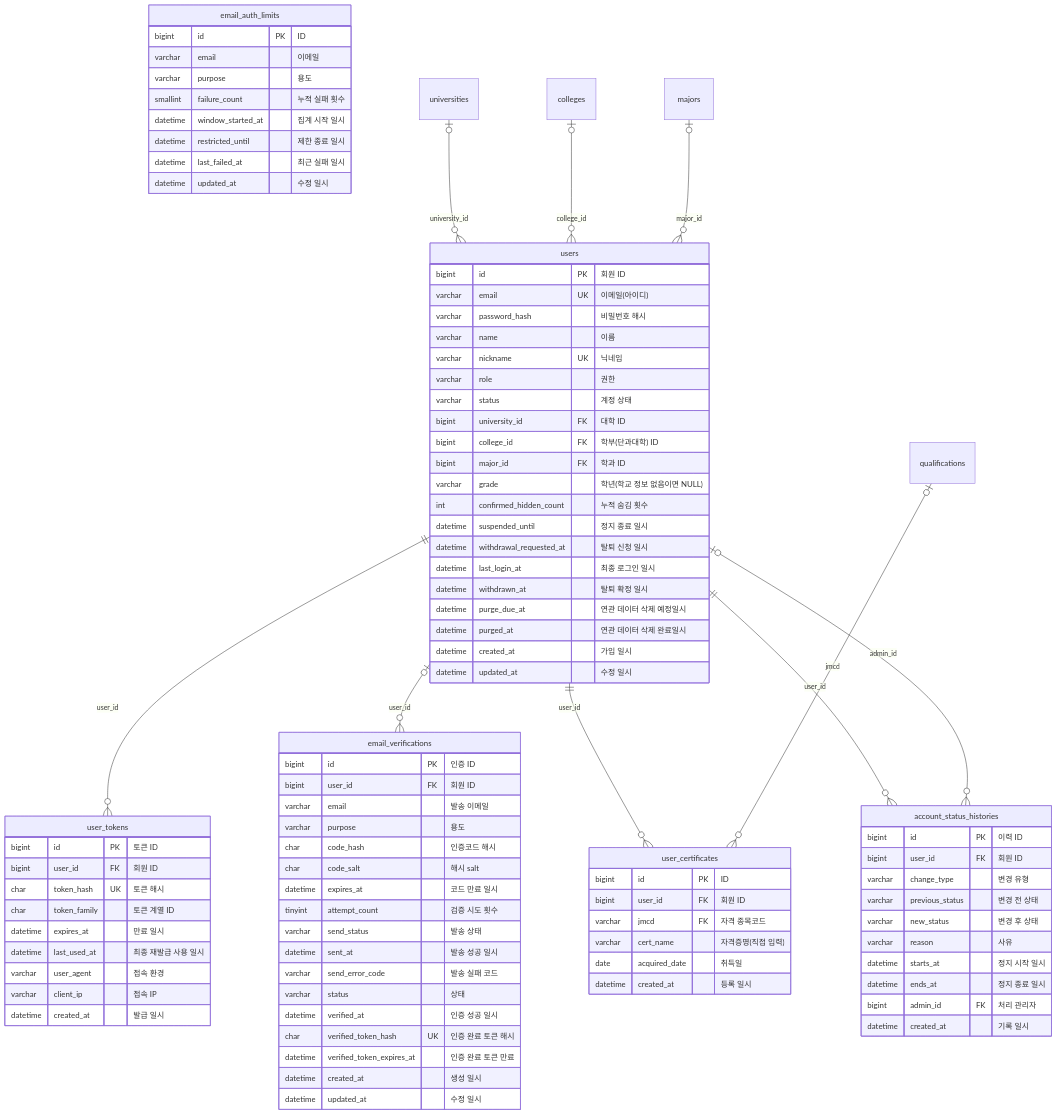
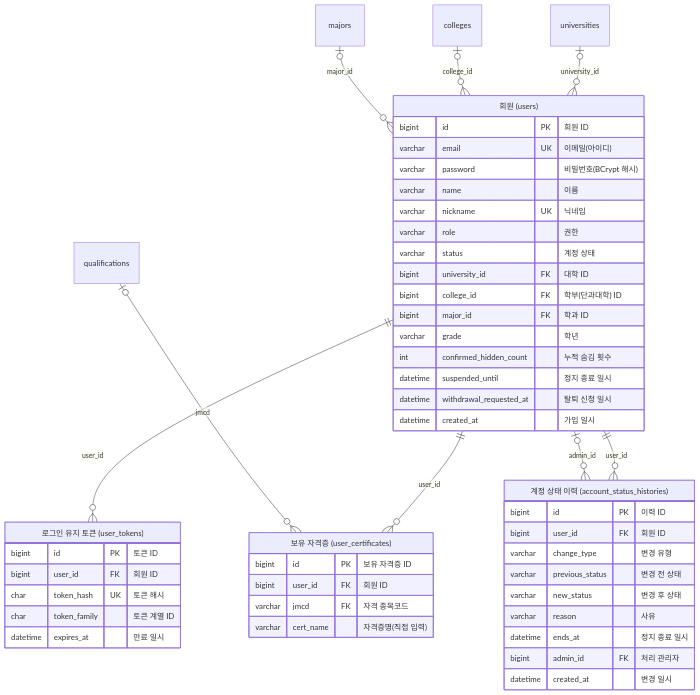
Before and after one commit to team-ap-cert-sniper/cert-sniper: the second of 7 diagrams in docs/ERD.md, drawn with Mermaid. The commit also changed other lines of this file and 29 other files, not shown here.

Commit message:
DB 설계서 업데이트: 스키아- ERD - 플로우차트 - etl - README

````diff
--- a/docs/ERD.md
+++ b/docs/ERD.md
@@ -89,9 +99,9 @@
 ```mermaid
 erDiagram
-    users {
+    users["회원 (users)"] {
         bigint id PK "회원 ID"
         varchar email UK "이메일(아이디)"
-        varchar password_hash "비밀번호 해시"
+        varchar password "비밀번호(BCrypt 해시)"
         varchar name "이름"
         varchar nickname UK "닉네임"
         varchar role "권한"
@@ -99,82 +109,40 @@
         bigint university_id FK "대학 ID"
         bigint college_id FK "학부(단과대학) ID"
         bigint major_id FK "학과 ID"
-        varchar grade "학년(학교 정보 없음이면 NULL)"
+        varchar grade "학년"
         int confirmed_hidden_count "누적 숨김 횟수"
         datetime suspended_until "정지 종료 일시"
         datetime withdrawal_requested_at "탈퇴 신청 일시"
-        datetime last_login_at "최종 로그인 일시"
-        datetime withdrawn_at "탈퇴 확정 일시"
-        datetime purge_due_at "연관 데이터 삭제 예정일시"
-        datetime purged_at "연관 데이터 삭제 완료일시"
         datetime created_at "가입 일시"
-        datetime updated_at "수정 일시"
     }
-    user_tokens {
+    user_tokens["로그인 유지 토큰 (user_tokens)"] {
         bigint id PK "토큰 ID"
         bigint user_id FK "회원 ID"
         char token_hash UK "토큰 해시"
         char token_family "토큰 계열 ID"
         datetime expires_at "만료 일시"
-        datetime last_used_at "최종 재발급 사용 일시"
-        varchar user_agent "접속 환경"
-        varchar client_ip "접속 IP"
-        datetime created_at "발급 일시"
     }
-    email_verifications {
-        bigint id PK "인증 ID"
-        bigint user_id FK "회원 ID"
-        varchar email "발송 이메일"
-        varchar purpose "용도"
-        char code_hash "인증코드 해시"
-        char code_salt "해시 salt"
-        datetime expires_at "코드 만료 일시"
-        tinyint attempt_count "검증 시도 횟수"
-        varchar send_status "발송 상태"
-        datetime sent_at "발송 성공 일시"
-        varchar send_error_code "발송 실패 코드"
-        varchar status "상태"
-        datetime verified_at "인증 성공 일시"
-        char verified_token_hash UK "인증 완료 토큰 해시"
-        datetime verified_token_expires_at "인증 완료 토큰 만료"
-        datetime created_at "생성 일시"
-        datetime updated_at "수정 일시"
-    }
-    email_auth_limits {
-        bigint id PK "ID"
-        varchar email "이메일"
-        varchar purpose "용도"
-        smallint failure_count "누적 실패 횟수"
-        datetime window_started_at "집계 시작 일시"
-        datetime restricted_until "제한 종료 일시"
-        datetime last_failed_at "최근 실패 일시"
-        datetime updated_at "수정 일시"
-    }
-    user_certificates {
-        bigint id PK "ID"
+    user_certificates["보유 자격증 (user_certificates)"] {
+        bigint id PK "보유 자격증 ID"
         bigint user_id FK "회원 ID"
         varchar jmcd FK "자격 종목코드"
         varchar cert_name "자격증명(직접 입력)"
-        date acquired_date "취득일"
-        datetime created_at "등록 일시"
     }
-    account_status_histories {
+    account_status_histories["계정 상태 이력 (account_status_histories)"] {
         bigint id PK "이력 ID"
         bigint user_id FK "회원 ID"
         varchar change_type "변경 유형"
         varchar previous_status "변경 전 상태"
         varchar new_status "변경 후 상태"
         varchar reason "사유"
-        datetime starts_at "정지 시작 일시"
         datetime ends_at "정지 종료 일시"
         bigint admin_id FK "처리 관리자"
-        datetime created_at "기록 일시"
+        datetime created_at "변경 일시"
     }
     universities |o--o{ users : "university_id"
     colleges |o--o{ users : "college_id"
     majors |o--o{ users : "major_id"
     users ||--o{ user_tokens : "user_id"
-    users |o--o{ email_verifications : "user_id"
     users ||--o{ user_certificates : "user_id"
     qualifications |o--o{ user_certificates : "jmcd"
     users ||--o{ account_status_histories : "user_id"
````
